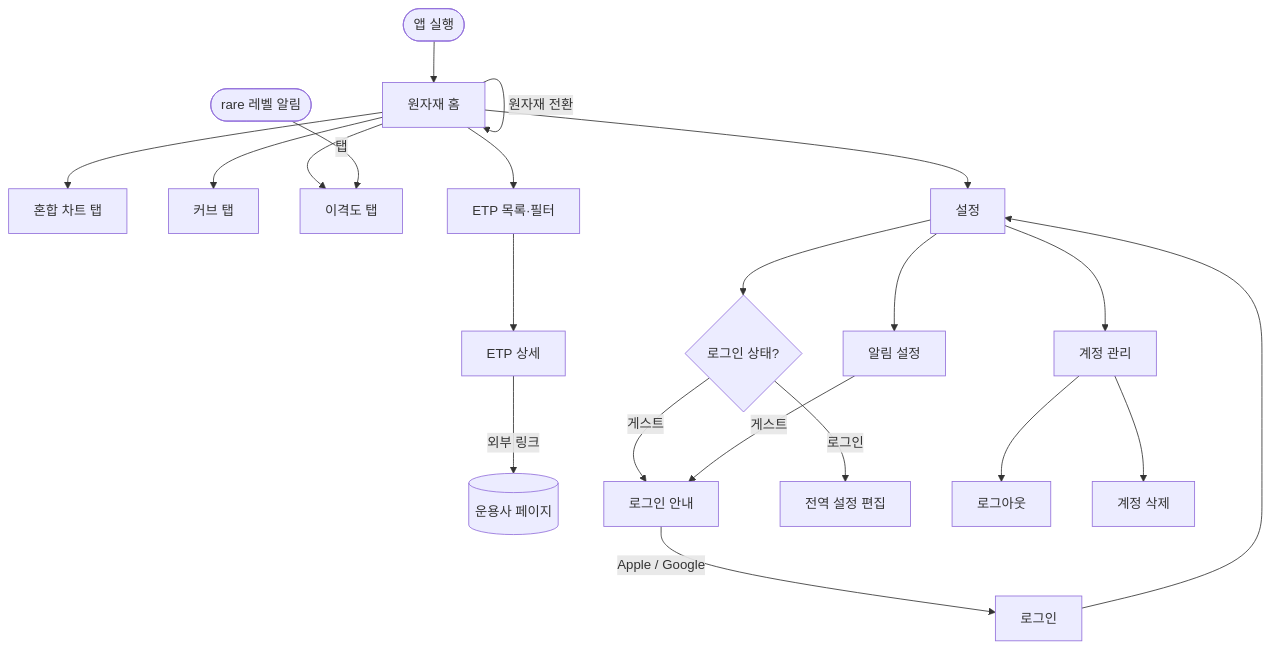
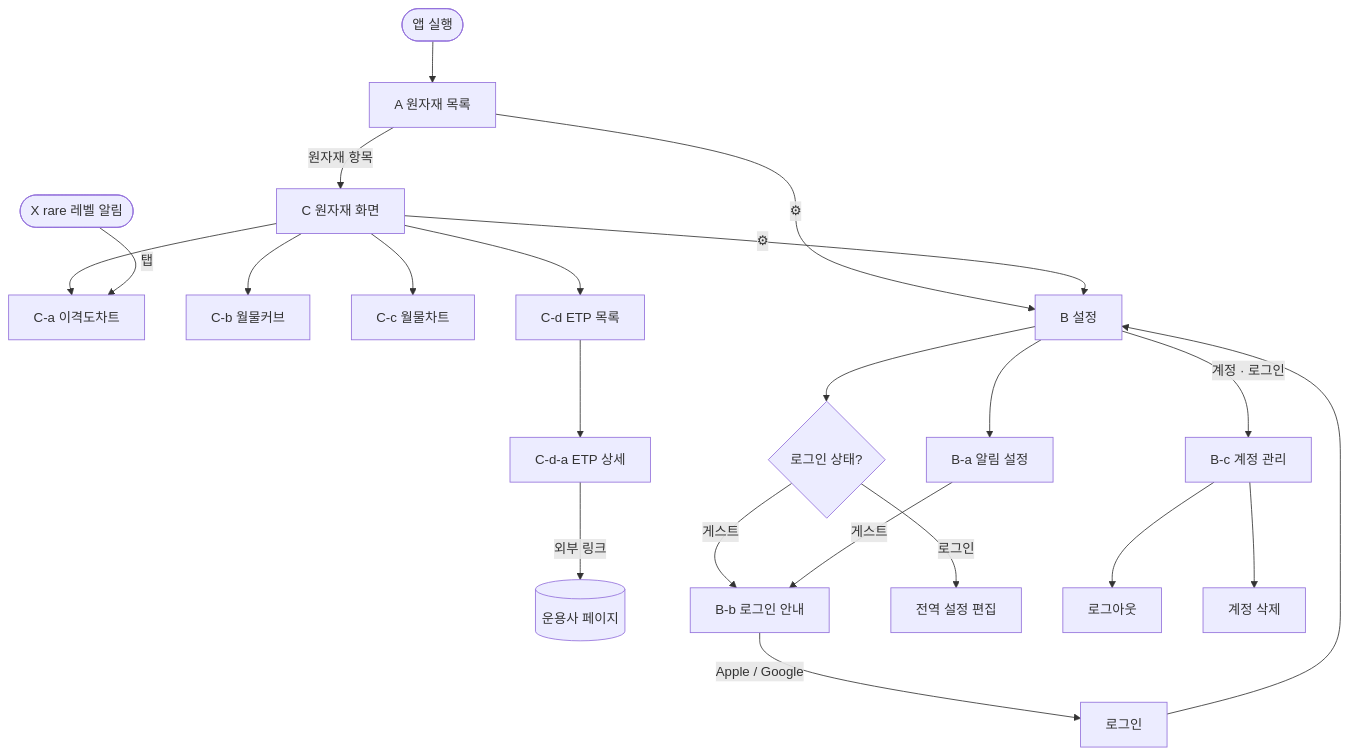
One commit to seyoun10/futureETP changed the diagram in docs/product.md. Above: the diagram before and after it, drawn with Mermaid. The commit also changed other lines of this file and 3 other files, not shown here.

````diff
--- a/docs/product.md
+++ b/docs/product.md
@@ -185,23 +211,24 @@
 ```mermaid
 flowchart TD
-    Start([앱 실행]) --> Home[원자재 홈]
-    Home -->|원자재 전환| Home
-    Home --> TabMix[혼합 차트 탭]
-    Home --> TabCurve[커브 탭]
-    Home --> TabDisp[이격도 탭]
-    Home --> EtpList[ETP 목록·필터]
-    EtpList --> EtpDetail[ETP 상세]
-    EtpDetail -->|외부 링크| Issuer[(운용사 페이지)]
-    Home --> Settings[설정]
-    Settings --> Guest{로그인 상태?}
-    Guest -->|게스트| LoginGate[로그인 안내]
-    LoginGate -->|Apple / Google| Auth[로그인]
-    Auth --> Settings
+    Start([앱 실행]) --> A[A 원자재 목록]
+    A -->|원자재 항목| C[C 원자재 화면]
+    C --> Ca[C-a 이격도차트]
+    C --> Cb[C-b 월물커브]
+    C --> Cc[C-c 월물차트]
+    C --> Cd[C-d ETP 목록]
+    Cd --> Cda[C-d-a ETP 상세]
+    Cda -->|외부 링크| Issuer[(운용사 페이지)]
+    A -->|⚙| B[B 설정]
+    C -->|⚙| B
+    B --> Guest{로그인 상태?}
+    Guest -->|게스트| Bb[B-b 로그인 안내]
+    Bb -->|Apple / Google| Auth[로그인]
+    Auth --> B
     Guest -->|로그인| EditSettings[전역 설정 편집]
-    Settings --> AlertSet[알림 설정]
-    AlertSet -->|게스트| LoginGate
-    Settings --> Account[계정 관리]
-    Account --> Logout[로그아웃]
-    Account --> Delete[계정 삭제]
-    Push([rare 레벨 알림]) -->|탭| TabDisp
+    B --> Ba[B-a 알림 설정]
+    Ba -->|게스트| Bb
+    B -->|계정 · 로그인| Bc[B-c 계정 관리]
+    Bc --> Logout[로그아웃]
+    Bc --> Delete[계정 삭제]
+    X([X rare 레벨 알림]) -->|탭| Ca
 ```
````
